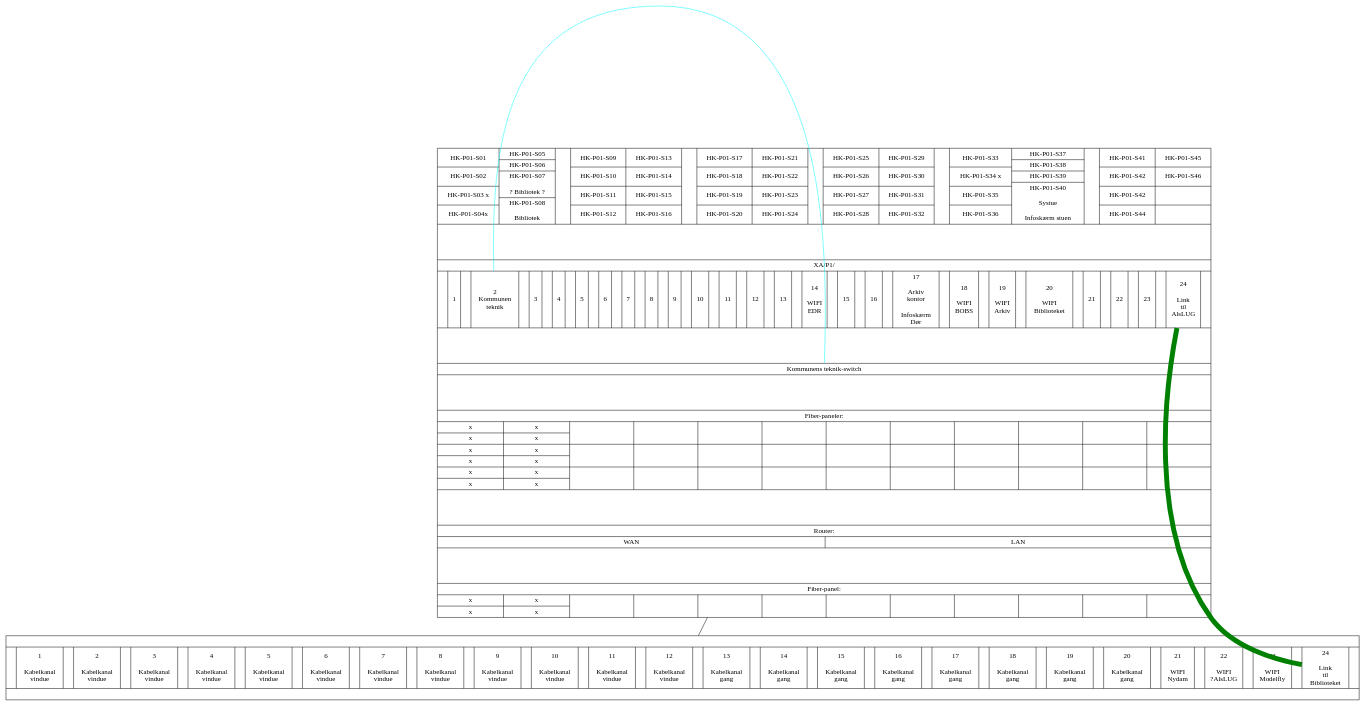
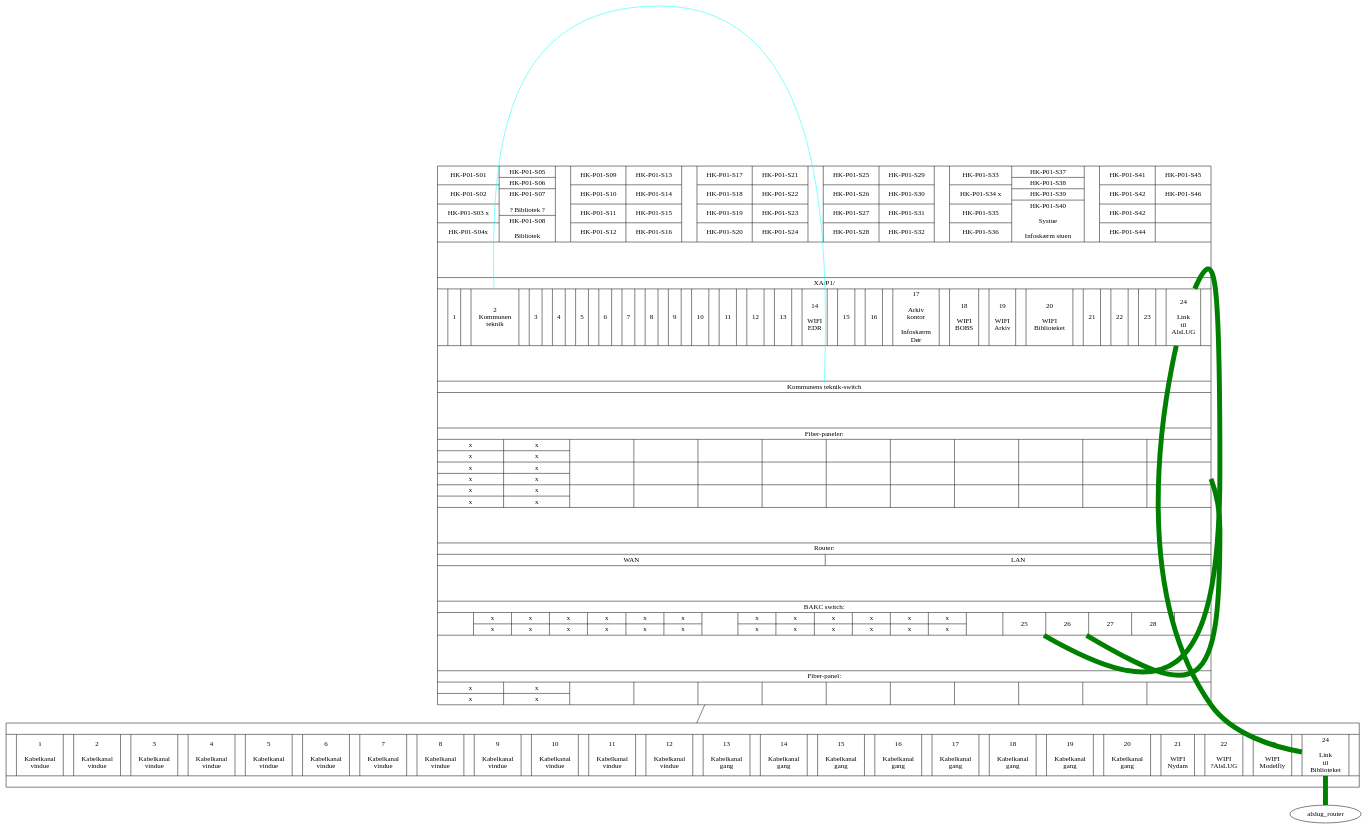
One commit to alslug/alslug.dk changed the diagram in projekter/patch-paneler.dot. Above: the diagram before and after it, drawn with Graphviz.

```diff
--- a/projekter/patch-paneler.dot
+++ b/projekter/patch-paneler.dot
@@ -1,141 +1,148 @@
 digraph xxx {
   edge [ dir=none ];
   bib_patch [ shape=record label="{
   					{
 						{HK-P01-S01|HK-P01-S02|HK-P01-S03 x|HK-P01-S04x}|
 						{HK-P01-S05|HK-P01-S06|HK-P01-S07\n\n? Bibliotek ?|HK-P01-S08\n\nBibliotek}||
 						
 						{HK-P01-S09|HK-P01-S10|HK-P01-S11|HK-P01-S12}|
 						{HK-P01-S13|HK-P01-S14|HK-P01-S15|HK-P01-S16}||
 						
 						{HK-P01-S17|HK-P01-S18|HK-P01-S19|HK-P01-S20}|
 						{HK-P01-S21|HK-P01-S22|HK-P01-S23|HK-P01-S24}||
 						
 						{HK-P01-S25|HK-P01-S26|HK-P01-S27|HK-P01-S28}|
 						{HK-P01-S29|HK-P01-S30|HK-P01-S31|HK-P01-S32}||
 						
 						{HK-P01-S33|HK-P01-S34 x|HK-P01-S35|HK-P01-S36}|
 						{HK-P01-S37|HK-P01-S38|HK-P01-S39|HK-P01-S40\n\nSystue\n\nInfoskærm stuen}||
 						
 						{HK-P01-S41|HK-P01-S42|HK-P01-S42|HK-P01-S44}|
 						{HK-P01-S45|HK-P01-S46||}
 					}
 					|\n\n\n\n|XA/P1/|
 					{|
 							<xa_p1_1> 1
 						||
 							<xa_p1_2> 2 \nKommunen\nteknik
 						||
 							<xa_p1_3> 3
 						||
 							<xa_p1_4> 4
 						||
 							<xa_p1_5> 5
 						||
 							<xa_p1_6> 6
 						||
 							<xa_p1_7> 7
 						||
 							<xa_p1_8> 8
 						||
 							<xa_p1_9> 9
 						||
 							<xa_p1_10> 10
 						||
 							<xa_p1_11> 11
 						||
 							<xa_p1_12> 12
 						||
 							<xa_p1_13> 13
 						||
 							<xa_p1_14> 14 \n\nWIFI\nEDR
 						||
 							<xa_p1_15> 15
 						||
 							<xa_p1_16> 16
 						||
 							<xa_p1_15> 17 \n\nArkiv\nkontor\n\nInfoskærm\nDør
 						||
 							<xa_p1_18> 18 \n\nWIFI\nBOBS
 						||
 							<xa_p1_19> 19 \n\nWIFI\nArkiv
 						||
 							<xa_p1_20> 20 \n\nWIFI\nBiblioteket
 						||
 							<xa_p1_21> 21
 						||
 							<xa_p1_22> 22
 						||
 							<xa_p1_23> 23
 						||
 							<xa_p1_24> 24\n\nLink\ntil\nAlsLUG
 						|}
 					|\n\n\n\n|
 					<kom_switch>Kommunens teknik-switch
 					|\n\n\n\n|Fiber-paneler:
 					|
 					{{x|x}|{x|x}||||||||||}
 					|
 					{{x|x}|{x|x}||||||||||}
 					|
 					{{x|x}|{x|x}||||||||||}
 					|\n\n\n\n|Router:|
 					{WAN|LAN}
+					|\n\n\n\n|BAKC switch:|
+					{
+						|{x|x}|{x|x}|{x|x}|{x|x}|{x|x}|{x|x}|
+						|{x|x}|{x|x}|{x|x}|{x|x}|{x|x}|{x|x}|
+						|<switch_25> 25|<switch_26> 26|27|<switch_fiber> 28|
+					}
 					|\n\n\n\n|Fiber-panel:|
 					{{x|x}|{x|x}||||||||||}
 				   }" ];
   alslug_patch [ shape=record label="{
 					|{|
 						<1> 1 \n\nKabelkanal\nvindue
 					||
 						<2> 2 \n\nKabelkanal\nvindue
 					||
 						<3> 3 \n\nKabelkanal\nvindue
 					||
 						<4> 4 \n\nKabelkanal\nvindue
 					||
 						<5> 5 \n\nKabelkanal\nvindue
 					||
 						<6> 6 \n\nKabelkanal\nvindue
 					||
 						<7> 7 \n\nKabelkanal\nvindue
 					||
 						<8> 8 \n\nKabelkanal\nvindue
 					||
 						<9> 9 \n\nKabelkanal\nvindue
 					||
 						<10> 10 \n\nKabelkanal\nvindue
 					||
 						<11> 11 \n\nKabelkanal\nvindue
 					||
 						<12> 12 \n\nKabelkanal\nvindue
 					||
 						<13> 13 \n\nKabelkanal\ngang
 					||
 						<14> 14 \n\nKabelkanal\ngang
 					||
 						<15> 15 \n\nKabelkanal\ngang
 					||
 						<16> 16 \n\nKabelkanal\ngang
 					||
 						<17> 17 \n\nKabelkanal\ngang
 					||
 						<18> 18 \n\nKabelkanal\ngang
 					||
 						<19> 19 \n\nKabelkanal\ngang
 					||
 						<20> 20 \n\nKabelkanal\ngang
 					||
 						<21> 21 \n\nWIFI\nNydam
 					||
 						<22> 22 \n\nWIFI\n?AlsLUG
 					||
 						<23> 23 \n\nWIFI\nModelfly
 					||
 						<24> 24 \n\nLink\ntil\nBiblioteket
 					|}|
                                       }" ];
   bib_patch -> alslug_patch;
   bib_patch:xa_p1_2 -> bib_patch:kom_switch [ color=cyan ];
-  bib_patch:xa_p1_24 -> alslug_patch:24 [ color=green penwidth=10 ];
+  bib_patch:switch_25 -> bib_patch:xa_p1_24 -> alslug_patch:24 -> alslug_router:wan [ color=green penwidth=10 ];
+  bib_patch:switch_26 -> bib_patch:router_lan [ color=green penwidth=10 ];
 }
```
